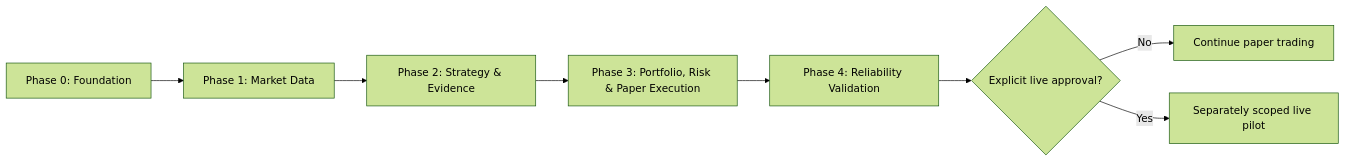
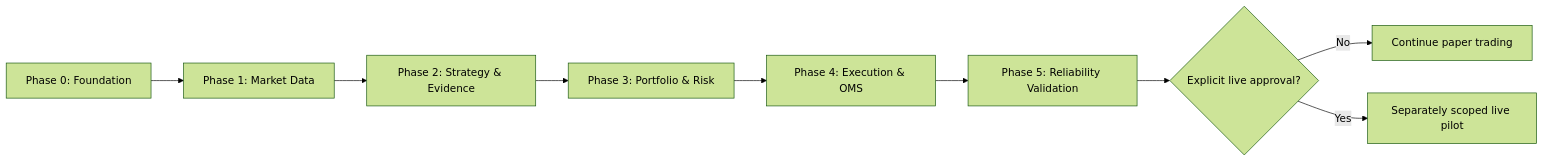
Before and after one commit to bibhuyash/tradeedge: the diagram in docs/product/ROADMAP.md, drawn with Mermaid (forest theme). The commit also changed other lines of this file and 16 other files, not shown here.

Commit message:
feat: add phase 4 execution and OMS contracts

````diff
--- a/docs/product/ROADMAP.md
+++ b/docs/product/ROADMAP.md
@@ -7,10 +7,11 @@
 ```mermaid
 flowchart LR
     P0["Phase 0: Foundation"] --> P1["Phase 1: Market Data"]
     P1 --> P2["Phase 2: Strategy & Evidence"]
-    P2 --> P3["Phase 3: Portfolio, Risk & Paper Execution"]
-    P3 --> P4["Phase 4: Reliability Validation"]
-    P4 --> G{"Explicit live approval?"}
+    P2 --> P3["Phase 3: Portfolio & Risk"]
+    P3 --> P4["Phase 4: Execution & OMS"]
+    P4 --> P5["Phase 5: Reliability Validation"]
+    P5 --> G{"Explicit live approval?"}
     G -->|No| PT["Continue paper trading"]
     G -->|Yes| LP["Separately scoped live pilot"]
 ```
````
